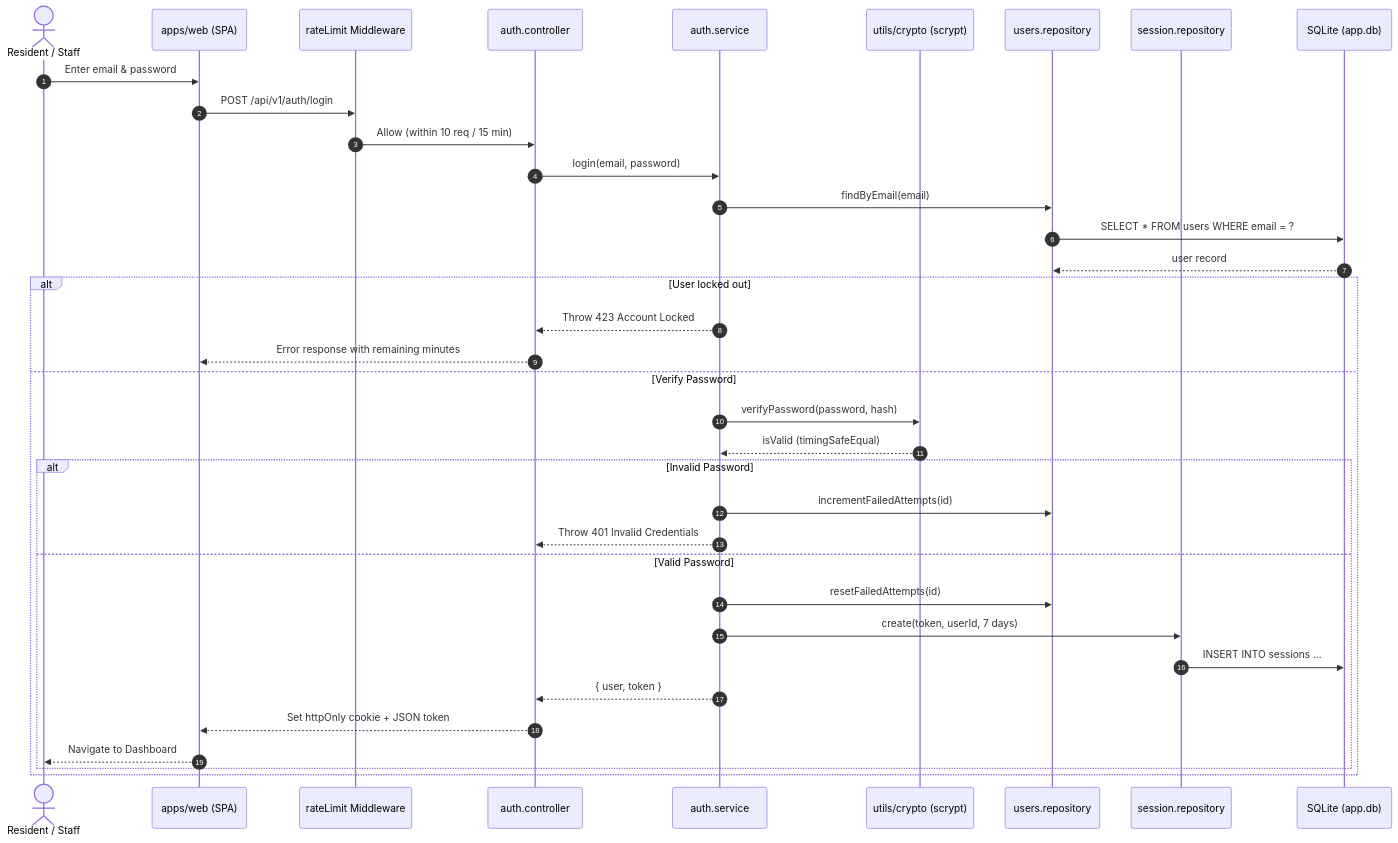
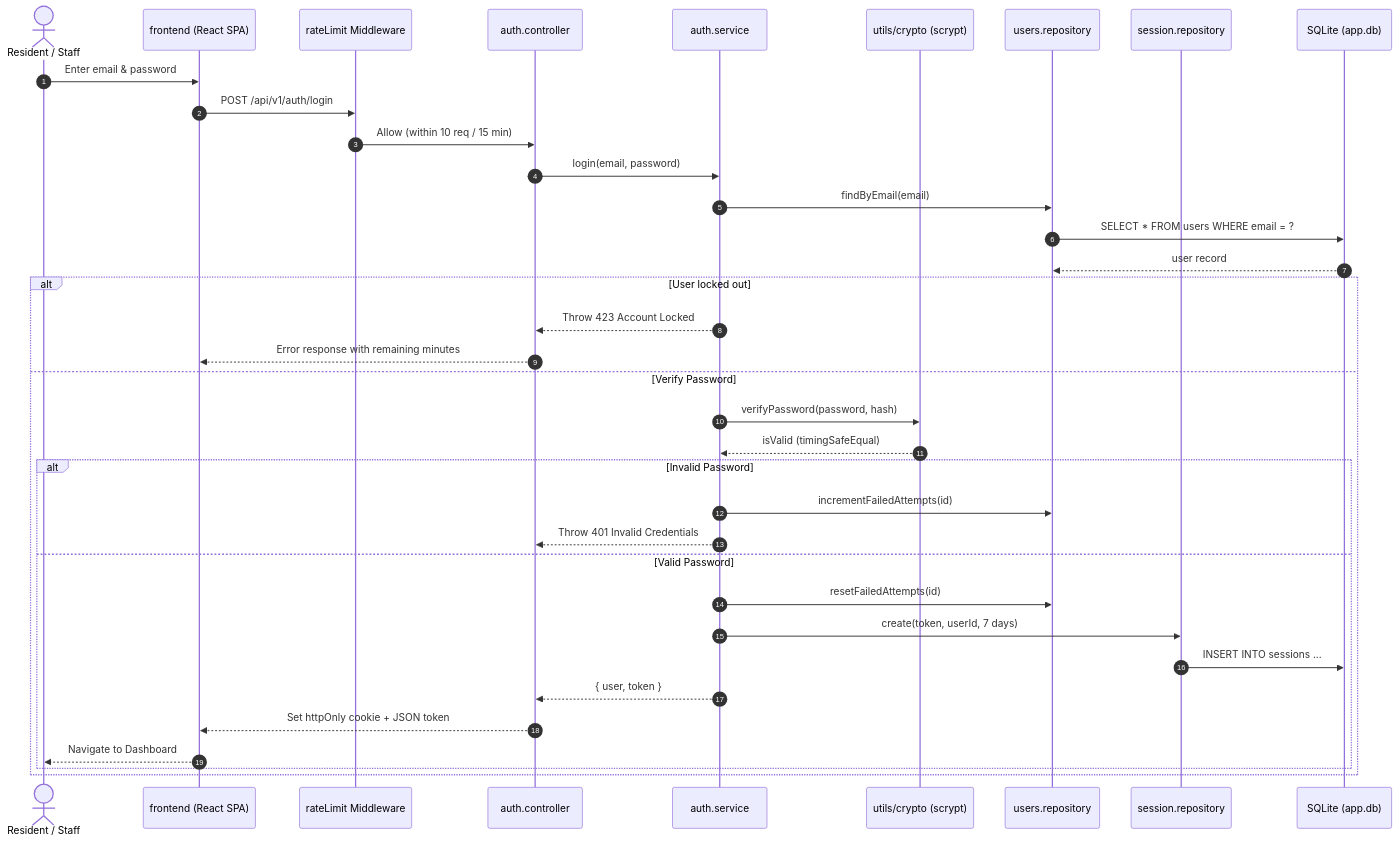
One commit to J3SS25/MCTED changed the first of 4 diagrams in Development/Documentation/Business_Workflows.md. Above: the diagram before and after it, drawn with Mermaid. The commit also changed other lines of this file and 28 other files, not shown here.

````diff
--- a/Development/Documentation/Business_Workflows.md
+++ b/Development/Documentation/Business_Workflows.md
@@ -9,40 +9,40 @@
 ```mermaid
 sequenceDiagram
     autonumber
     actor User as Resident / Staff
-    participant Web as apps/web (SPA)
+    participant Web as frontend (React SPA)
     participant Rate as rateLimit Middleware
     participant AuthCtrl as auth.controller
     participant AuthSvc as auth.service
     participant Crypto as utils/crypto (scrypt)
     participant UserRepo as users.repository
     participant SessRepo as session.repository
     participant DB as SQLite (app.db)
 
     User->>Web: Enter email & password
     Web->>Rate: POST /api/v1/auth/login
     Rate->>AuthCtrl: Allow (within 10 req / 15 min)
     AuthCtrl->>AuthSvc: login(email, password)
     AuthSvc->>UserRepo: findByEmail(email)
     UserRepo->>DB: SELECT * FROM users WHERE email = ?
     DB-->>UserRepo: user record
 
     alt User locked out
         AuthSvc-->>AuthCtrl: Throw 423 Account Locked
         AuthCtrl-->>Web: Error response with remaining minutes
     else Verify Password
         AuthSvc->>Crypto: verifyPassword(password, hash)
         Crypto-->>AuthSvc: isValid (timingSafeEqual)
         alt Invalid Password
             AuthSvc->>UserRepo: incrementFailedAttempts(id)
             AuthSvc-->>AuthCtrl: Throw 401 Invalid Credentials
         else Valid Password
             AuthSvc->>UserRepo: resetFailedAttempts(id)
             AuthSvc->>SessRepo: create(token, userId, 7 days)
             SessRepo->>DB: INSERT INTO sessions ...
             AuthSvc-->>AuthCtrl: { user, token }
             AuthCtrl-->>Web: Set httpOnly cookie + JSON token
             Web-->>User: Navigate to Dashboard
         end
     end
 ```
````
